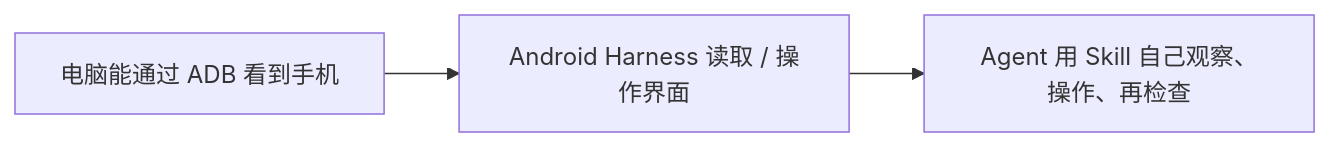
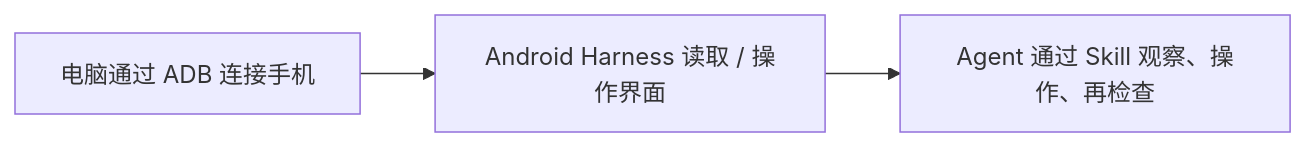
One commit to HangHang04/android-harness changed the diagram in README.md. Above: the diagram before and after it, drawn with Mermaid. The commit also changed other lines of this file, not shown here.

````diff
--- a/README.md
+++ b/README.md
@@ -345,5 +367,5 @@
 ```mermaid
 flowchart LR
-    A["电脑能通过 ADB 看到手机"] --> B["Android Harness 读取 / 操作界面"]
-    B --> C["Agent 用 Skill 自己观察、操作、再检查"]
+    A["电脑通过 ADB 连接手机"] --> B["Android Harness 读取 / 操作界面"]
+    B --> C["Agent 通过 Skill 观察、操作、再检查"]
 ```
````
